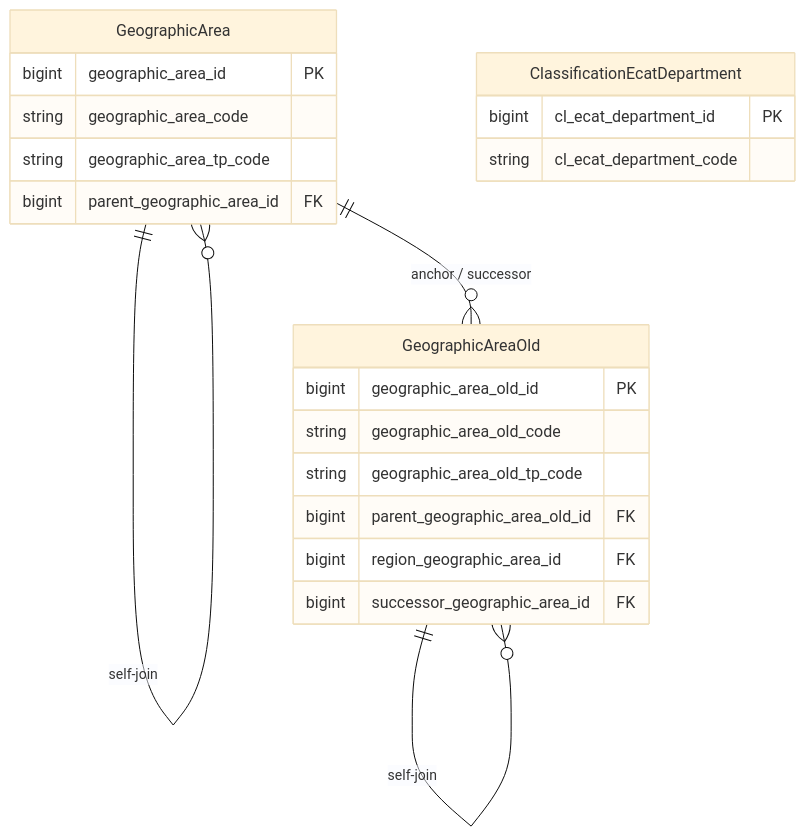
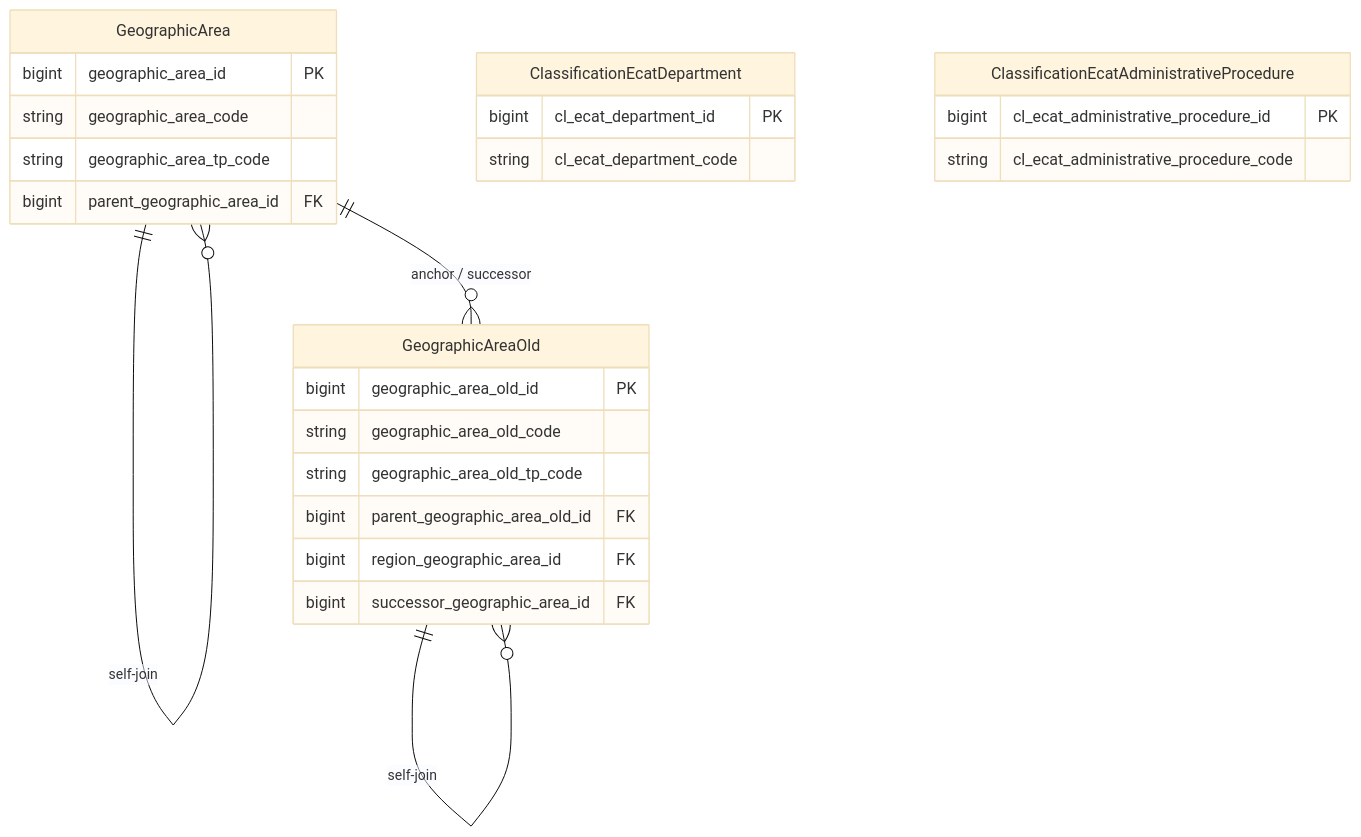
The second of 2 diagrams in DataModel/working/Atomic/hld/ECAT_HLD_Overview.md (linhlvit/ubck_atomic_design), drawn with Mermaid (base theme) before and after one commit. The commit also changed other lines of this file and 12 other files, not shown here.

````diff
--- a/DataModel/working/Atomic/hld/ECAT_HLD_Overview.md
+++ b/DataModel/working/Atomic/hld/ECAT_HLD_Overview.md
@@ -63,25 +66,29 @@
 ```mermaid
 erDiagram
     GeographicArea {
         bigint geographic_area_id PK
         string geographic_area_code
         string geographic_area_tp_code
         bigint parent_geographic_area_id FK
     }
     GeographicAreaOld {
         bigint geographic_area_old_id PK
         string geographic_area_old_code
         string geographic_area_old_tp_code
         bigint parent_geographic_area_old_id FK
         bigint region_geographic_area_id FK
         bigint successor_geographic_area_id FK
     }
     ClassificationEcatDepartment {
         bigint cl_ecat_department_id PK
         string cl_ecat_department_code
     }
+    ClassificationEcatAdministrativeProcedure {
+        bigint cl_ecat_administrative_procedure_id PK
+        string cl_ecat_administrative_procedure_code
+    }
 
     GeographicArea ||--o{ GeographicArea : "self-join"
     GeographicAreaOld ||--o{ GeographicAreaOld : "self-join"
     GeographicArea ||--o{ GeographicAreaOld : "anchor / successor"
 ```
````
